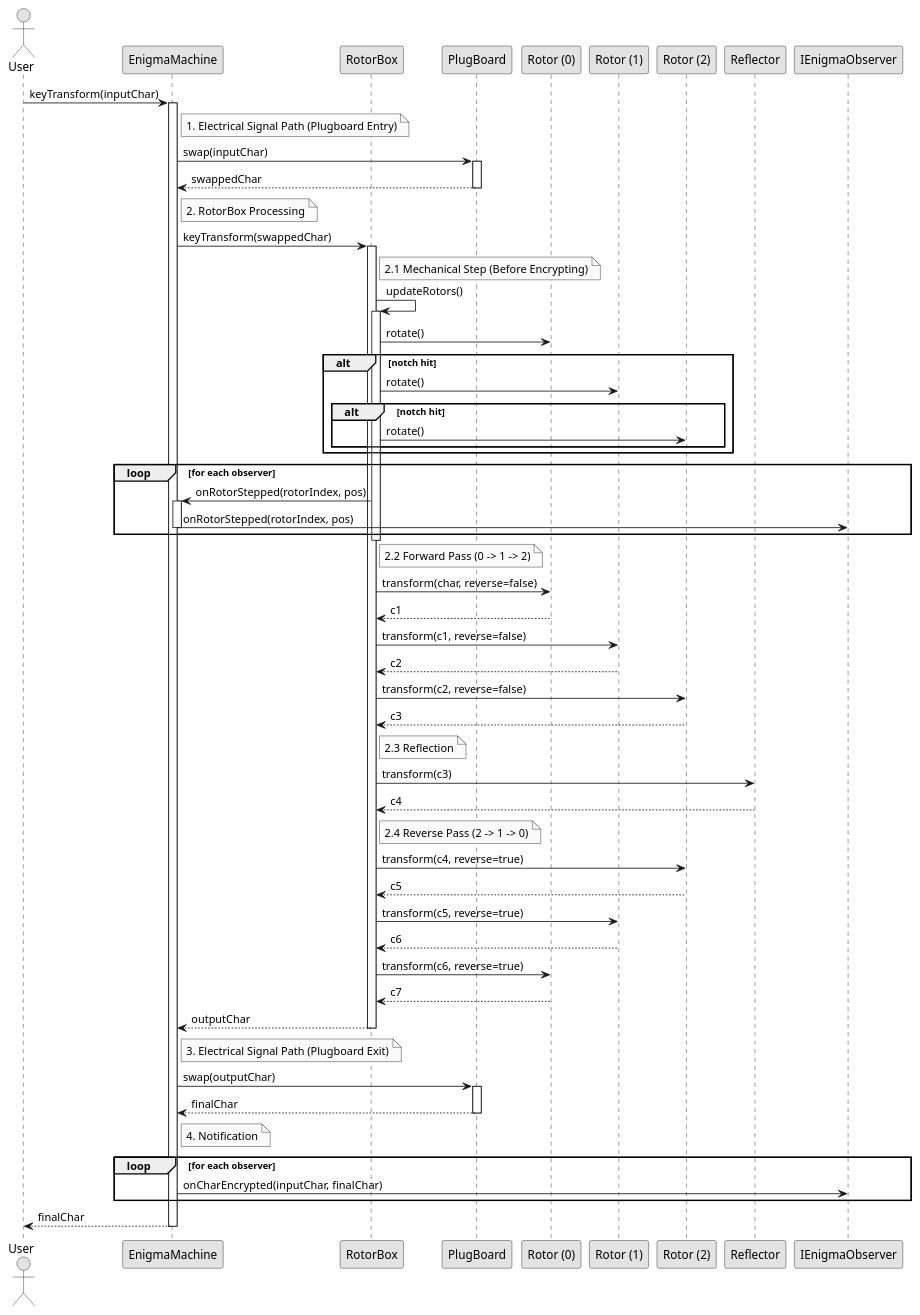
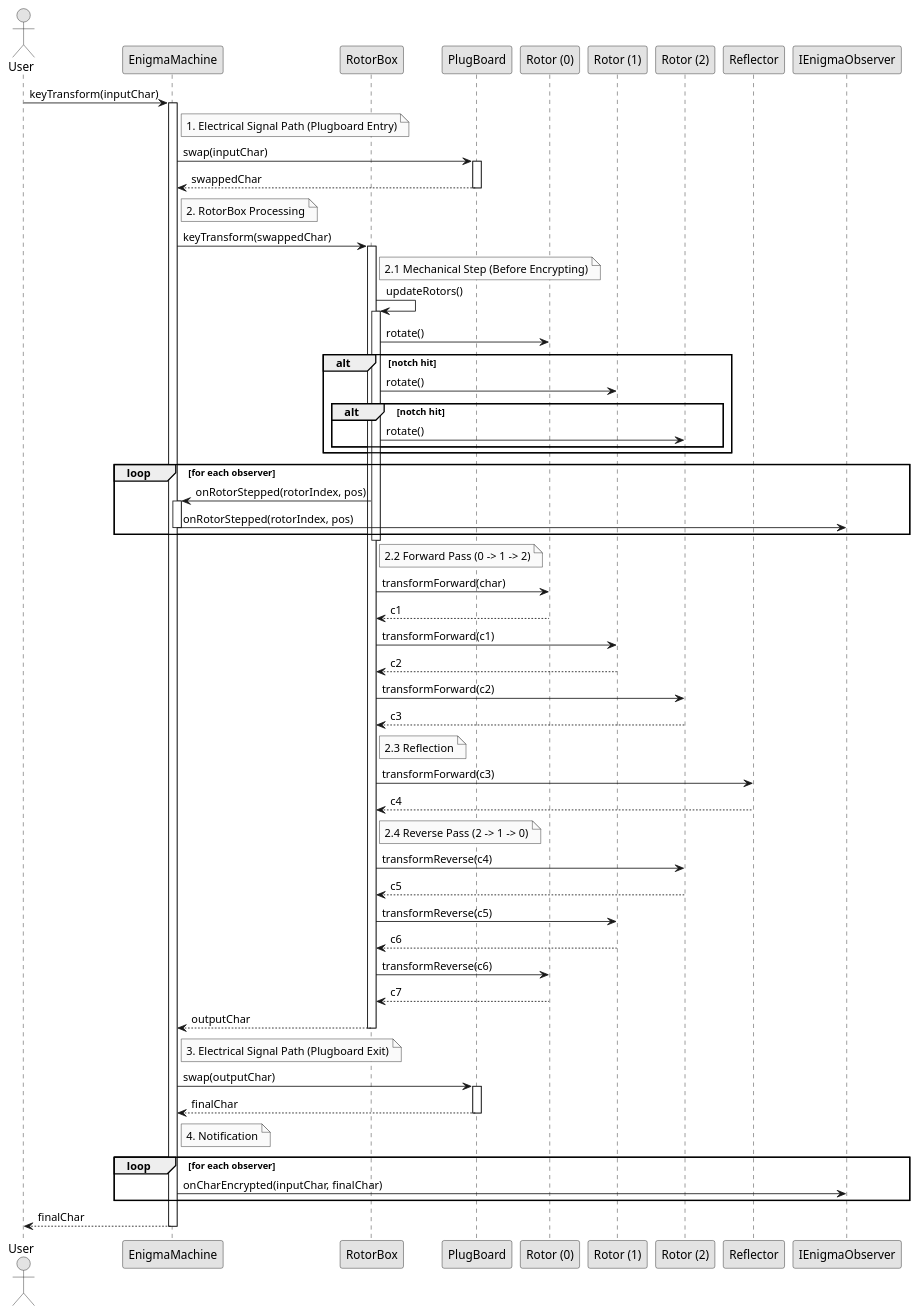
Before and after one commit to alvarocleite/EnigmaMachineCore: the diagram in docs/diagrams/encryption_sequence.puml, drawn with PlantUML. The commit also changed 11 other files, not shown here.

```diff
--- a/docs/diagrams/encryption_sequence.puml
+++ b/docs/diagrams/encryption_sequence.puml
@@ -1,86 +1,86 @@
 @startuml Enigma_Encryption_Sequence_Diagram
 
 skinparam monochrome true
 skinparam responseMessageBelowArrow true
 
 actor User
 participant "EnigmaMachine" as EM
 participant "RotorBox" as RB
 participant "PlugBoard" as PB
 participant "Rotor (0)" as R0
 participant "Rotor (1)" as R1
 participant "Rotor (2)" as R2
 participant "Reflector" as REF
 participant "IEnigmaObserver" as OBS
 
 User -> EM: keyTransform(inputChar)
 activate EM
 
     note right of EM: 1. Electrical Signal Path (Plugboard Entry)
     EM -> PB: swap(inputChar)
     activate PB
     PB --> EM: swappedChar
     deactivate PB
 
     note right of EM: 2. RotorBox Processing
     EM -> RB: keyTransform(swappedChar)
     activate RB
 
         note right of RB: 2.1 Mechanical Step (Before Encrypting)
         RB -> RB: updateRotors()
         activate RB
             RB -> R0: rotate()
             alt notch hit
                 RB -> R1: rotate()
                 alt notch hit
                     RB -> R2: rotate()
                 end
             end
             
             loop for each observer
                 RB -> EM: onRotorStepped(rotorIndex, pos)
                 activate EM
                     EM -> OBS: onRotorStepped(rotorIndex, pos)
                 deactivate EM
             end
         deactivate RB
         
         note right of RB: 2.2 Forward Pass (0 -> 1 -> 2)
-        RB -> R0: transform(char, reverse=false)
+        RB -> R0: transformForward(char)
         R0 --> RB: c1
-        RB -> R1: transform(c1, reverse=false)
+        RB -> R1: transformForward(c1)
         R1 --> RB: c2
-        RB -> R2: transform(c2, reverse=false)
+        RB -> R2: transformForward(c2)
         R2 --> RB: c3
 
         note right of RB: 2.3 Reflection
-        RB -> REF: transform(c3)
+        RB -> REF: transformForward(c3)
         REF --> RB: c4
 
         note right of RB: 2.4 Reverse Pass (2 -> 1 -> 0)
-        RB -> R2: transform(c4, reverse=true)
+        RB -> R2: transformReverse(c4)
         R2 --> RB: c5
-        RB -> R1: transform(c5, reverse=true)
+        RB -> R1: transformReverse(c5)
         R1 --> RB: c6
-        RB -> R0: transform(c6, reverse=true)
+        RB -> R0: transformReverse(c6)
         R0 --> RB: c7
 
     RB --> EM: outputChar
     deactivate RB
 
     note right of EM: 3. Electrical Signal Path (Plugboard Exit)
     EM -> PB: swap(outputChar)
     activate PB
     PB --> EM: finalChar
     deactivate PB
 
     note right of EM: 4. Notification
     loop for each observer
         EM -> OBS: onCharEncrypted(inputChar, finalChar)
     end
 
 EM --> User: finalChar
 deactivate EM
 
 
 @enduml
```
